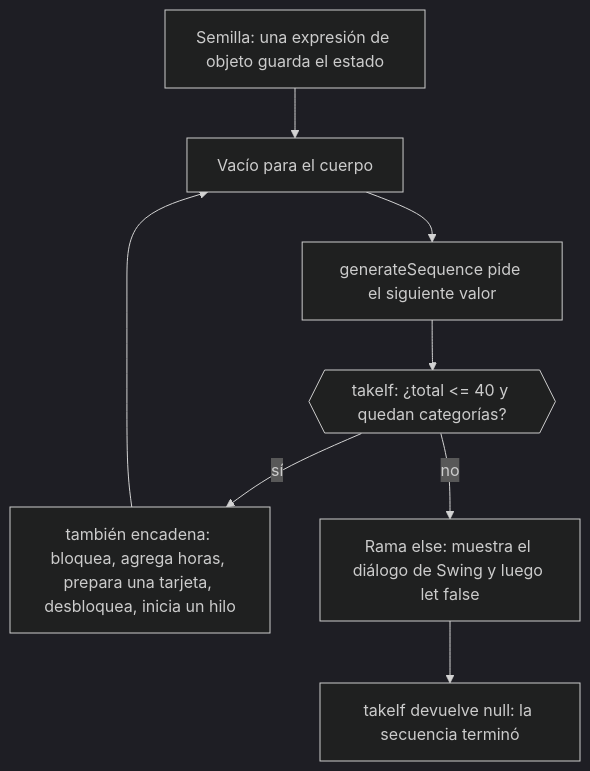
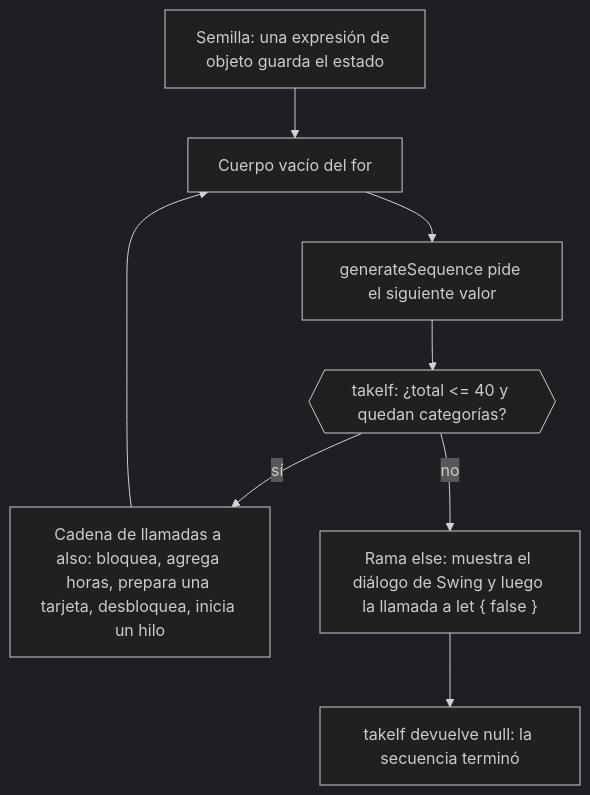
The diagram in src/KotlinChallenge1/README.md (dullroar/aprende-a-programar-como-un-bicho-raro), drawn with Mermaid (dark theme) before and after one commit. The commit also changed other lines of this file and 7 other files, not shown here.

Commit message:
loop(P3C-011): editorial correction of src/KotlinChallenge1/README.md per review Part D: sentencia, adaptación, cuerpo vacío del for, also and let literal, JAR and Gradle Wrapper, directorio de usuario de Gradle, one sandbox gloss, 7 dispositions recorded

````diff
--- a/src/KotlinChallenge1/README.md
+++ b/src/KotlinChallenge1/README.md
@@ -67,12 +67,12 @@
 ```mermaid
 flowchart TD
     accTitle: KotlinChallenge1: una secuencia generada termina cuando takeIf devuelve null
-    accDescr: Un diagrama de flujo. El objeto semilla es el primer valor de generateSequence. El cuerpo vacío del for se ejecuta. Luego la secuencia pide el siguiente valor a su función siguiente. takeIf comprueba si el total no pasa de 40 y si queda una categoría. Si es así, una cadena de llamadas a also bloquea, suma horas, prepara una tarjeta, desbloquea e inicia un hilo, y el mismo objeto es el siguiente valor, así que el cuerpo se ejecuta otra vez. Si no, la rama else muestra un diálogo de Swing construido con XML de Spring y termina con let false, así que takeIf devuelve null y la secuencia y el for terminan.
-    A["Semilla: una expresión de objeto guarda el estado"] --> B["Vacío para el cuerpo"]
+    accDescr: Un diagrama de flujo. El objeto semilla es el primer valor de generateSequence. El cuerpo vacío del for se ejecuta. Luego la secuencia pide el siguiente valor a la función generadora. takeIf comprueba si el total no pasa de 40 y si queda una categoría. Si es así, una cadena de llamadas a also bloquea, suma horas, prepara una tarjeta, desbloquea e inicia un hilo, y el mismo objeto es el siguiente valor, así que el cuerpo se ejecuta otra vez. Si no, la rama else muestra un diálogo de Swing construido con XML de Spring y termina con la llamada a let { false }, así que takeIf devuelve null y la secuencia y el for terminan.
+    A["Semilla: una expresión de objeto guarda el estado"] --> B["Cuerpo vacío del for"]
     B --> C["generateSequence pide el siguiente valor"]
     C --> D{{"takeIf: ¿total <= 40 y quedan categorías?"}}
-    D -->|sí| E["también encadena: bloquea, agrega horas, prepara una tarjeta, desbloquea, inicia un hilo"]
+    D -->|sí| E["Cadena de llamadas a also: bloquea, agrega horas, prepara una tarjeta, desbloquea, inicia un hilo"]
     E --> B
-    D -->|no| F["Rama else: muestra el diálogo de Swing y luego let false"]
+    D -->|no| F["Rama else: muestra el diálogo de Swing y luego la llamada a let { false }"]
     F --> G["takeIf devuelve null: la secuencia terminó"]
 ```
````
